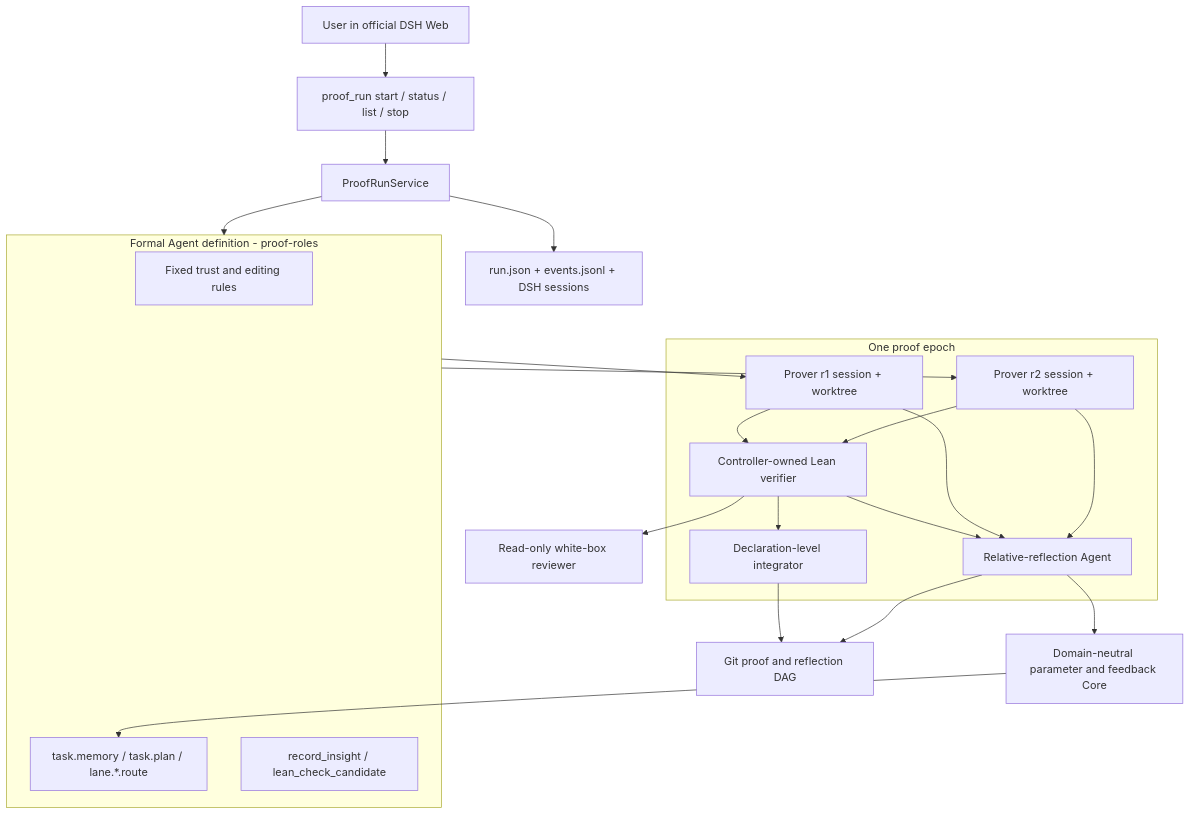
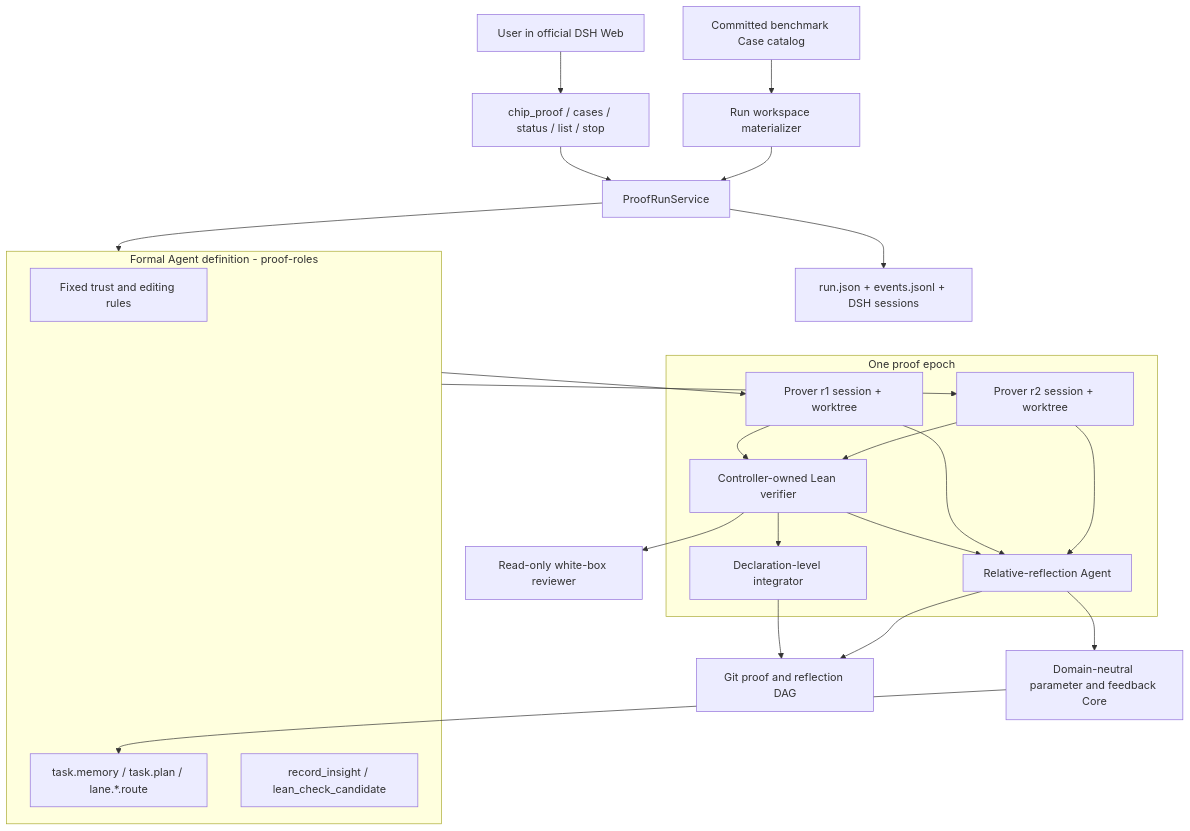
One commit to BruceLoveLee000/tokens-as-parameters changed the first of 2 diagrams in docs/en/architecture/dsh-formal-proof-bundle.md. Above: the diagram before and after it, drawn with Mermaid. The commit also changed other lines of this file and 40 other files, not shown here.

````diff
--- a/docs/en/architecture/dsh-formal-proof-bundle.md
+++ b/docs/en/architecture/dsh-formal-proof-bundle.md
@@ -9,40 +11,42 @@
 ```mermaid
 flowchart TB
-  User[User in official DSH Web] --> Tools[proof_run start / status / list / stop]
+  User[User in official DSH Web] --> Tools[chip_proof / cases / status / list / stop]
   Tools --> Runtime[ProofRunService]
+  Catalog[Committed benchmark Case catalog] --> Materializer[Run workspace materializer]
+  Materializer --> Runtime
 
   subgraph Definition[Formal Agent definition - proof-roles]
     Fixed[Fixed trust and editing rules]
     Params[task.memory / task.plan / lane.*.route]
     DomainTools[record_insight / lean_check_candidate]
   end
 
   subgraph Epoch[One proof epoch]
     R1[Prover r1 session + worktree]
     R2[Prover r2 session + worktree]
     Checker[Controller-owned Lean verifier]
     Integrator[Declaration-level integrator]
     Reflector[Relative-reflection Agent]
   end
 
   Core[Domain-neutral parameter and feedback Core]
   Git[Git proof and reflection DAG]
   Observer[run.json + events.jsonl + DSH sessions]
   Reviewer[Read-only white-box reviewer]
 
   Runtime --> Definition
   Definition --> R1
   Definition --> R2
   Core --> Params
   R1 --> Checker
   R2 --> Checker
   Checker --> Integrator
   Checker --> Reflector
   R1 --> Reflector
   R2 --> Reflector
   Reflector --> Core
   Integrator --> Git
   Reflector --> Git
   Runtime --> Observer
   Checker --> Reviewer
 ```
````
